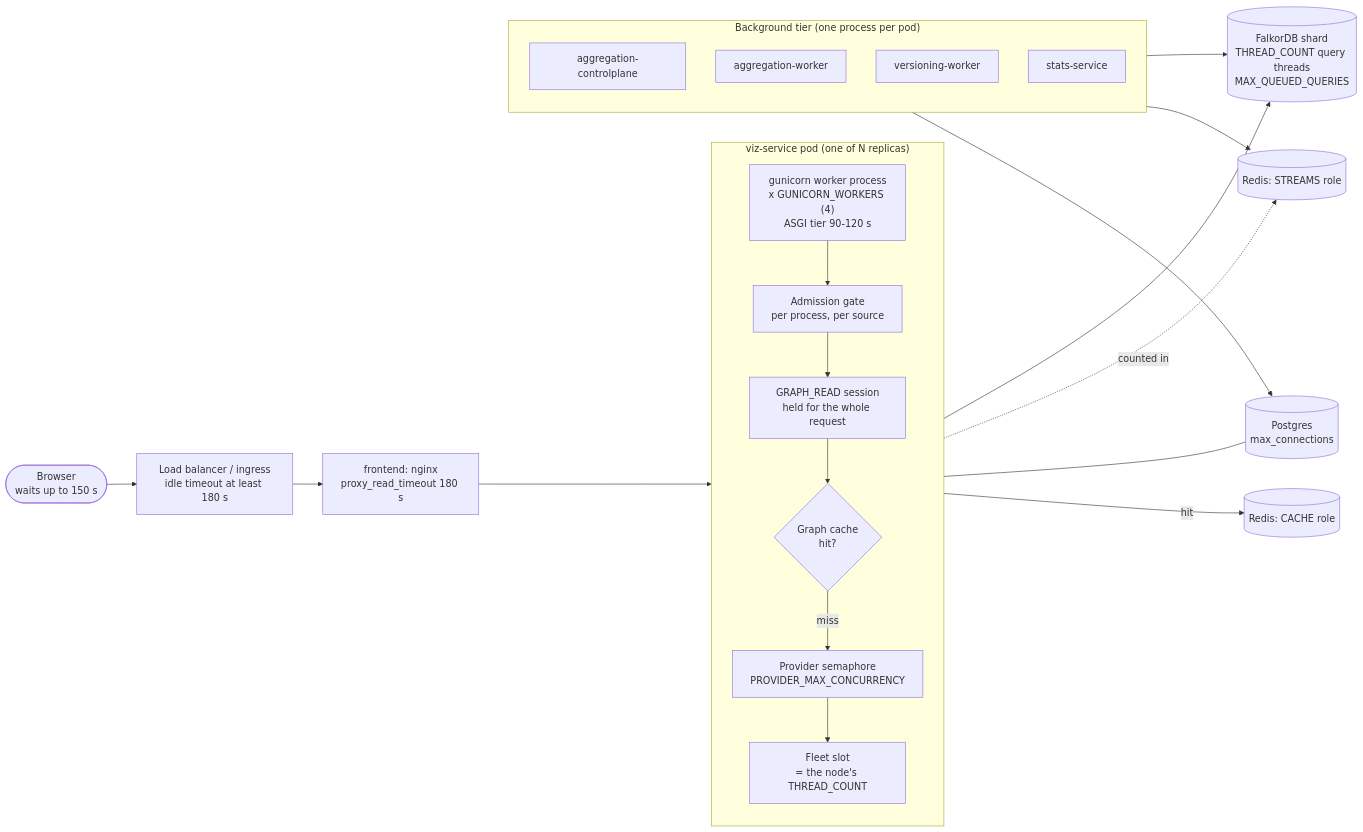
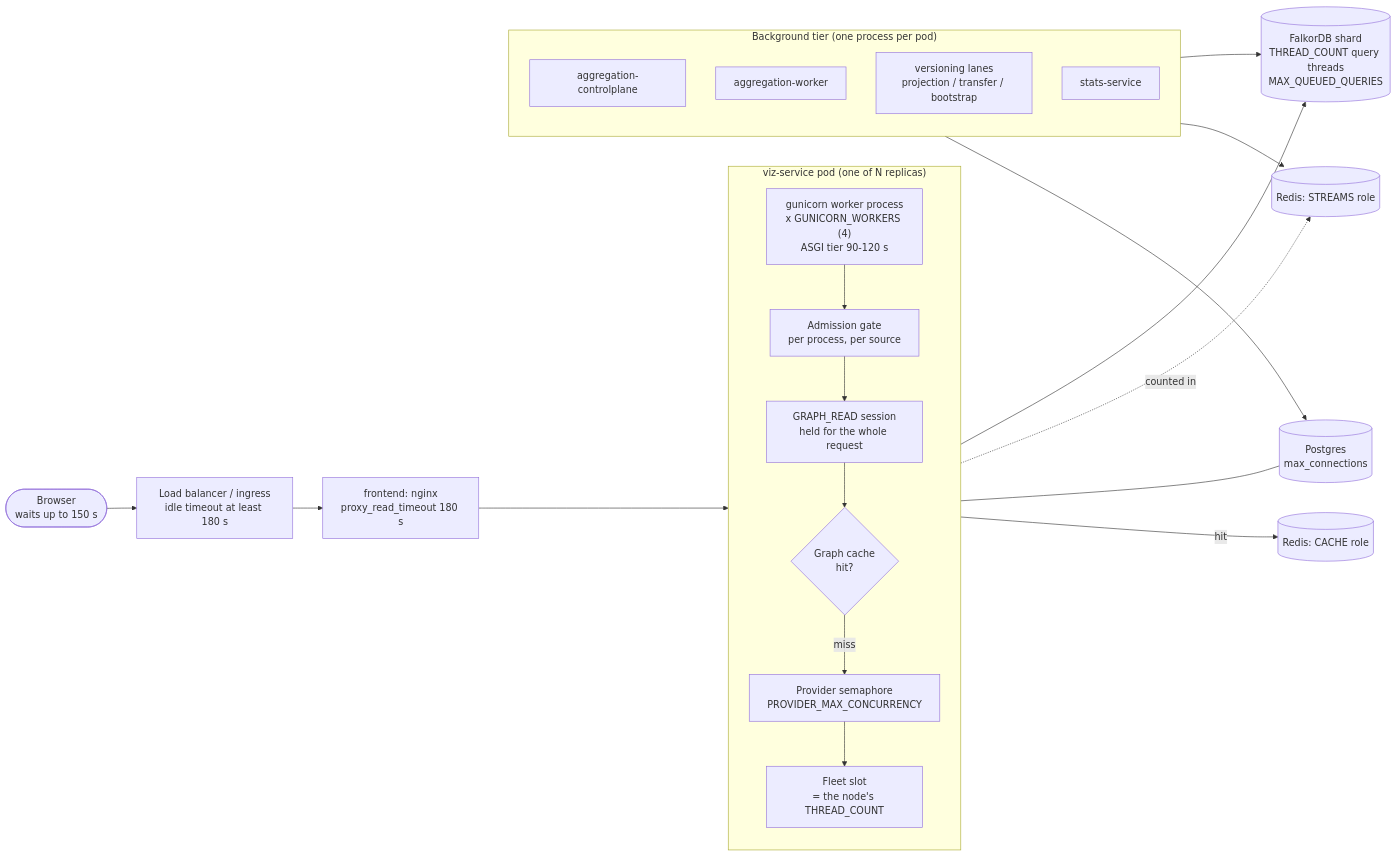
The diagram in docs/SCALING_CONCURRENT_USERS.md (rkrumins/dataviz), drawn with Mermaid before and after one commit. The commit also changed other lines of this file and 75 other files, not shown here.

````diff
--- a/docs/SCALING_CONCURRENT_USERS.md
+++ b/docs/SCALING_CONCURRENT_USERS.md
@@ -56,33 +56,33 @@
 ```mermaid
 flowchart LR
     U(["Browser<br/>waits up to 150 s"]) --> LB["Load balancer / ingress<br/>idle timeout at least 180 s"]
     LB --> NG["frontend: nginx<br/>proxy_read_timeout 180 s"]
     NG --> GW
 
     subgraph POD["viz-service pod (one of N replicas)"]
         direction TB
         GW["gunicorn worker process<br/>x GUNICORN_WORKERS (4)<br/>ASGI tier 90-120 s"]
         AG["Admission gate<br/>per process, per source"]
         SE["GRAPH_READ session<br/>held for the whole request"]
         CA{"Graph cache<br/>hit?"}
         PS["Provider semaphore<br/>PROVIDER_MAX_CONCURRENCY"]
         FS["Fleet slot<br/>= the node's THREAD_COUNT"]
         GW --> AG --> SE --> CA
         CA -->|miss| PS --> FS
     end
 
     CA -->|hit| RC[("Redis: CACHE role")]
     SE --- PG[("Postgres<br/>max_connections")]
     FS -.->|counted in| RS[("Redis: STREAMS role")]
     FS --> FK[("FalkorDB shard<br/>THREAD_COUNT query threads<br/>MAX_QUEUED_QUERIES")]
 
     subgraph BG["Background tier (one process per pod)"]
         CP["aggregation-controlplane"]
         AW["aggregation-worker"]
-        VW["versioning-worker"]
+        VW["versioning lanes<br/>projection / transfer / bootstrap"]
         ST["stats-service"]
     end
     BG --> PG
     BG --> RS
     BG --> FK
 ```
````
